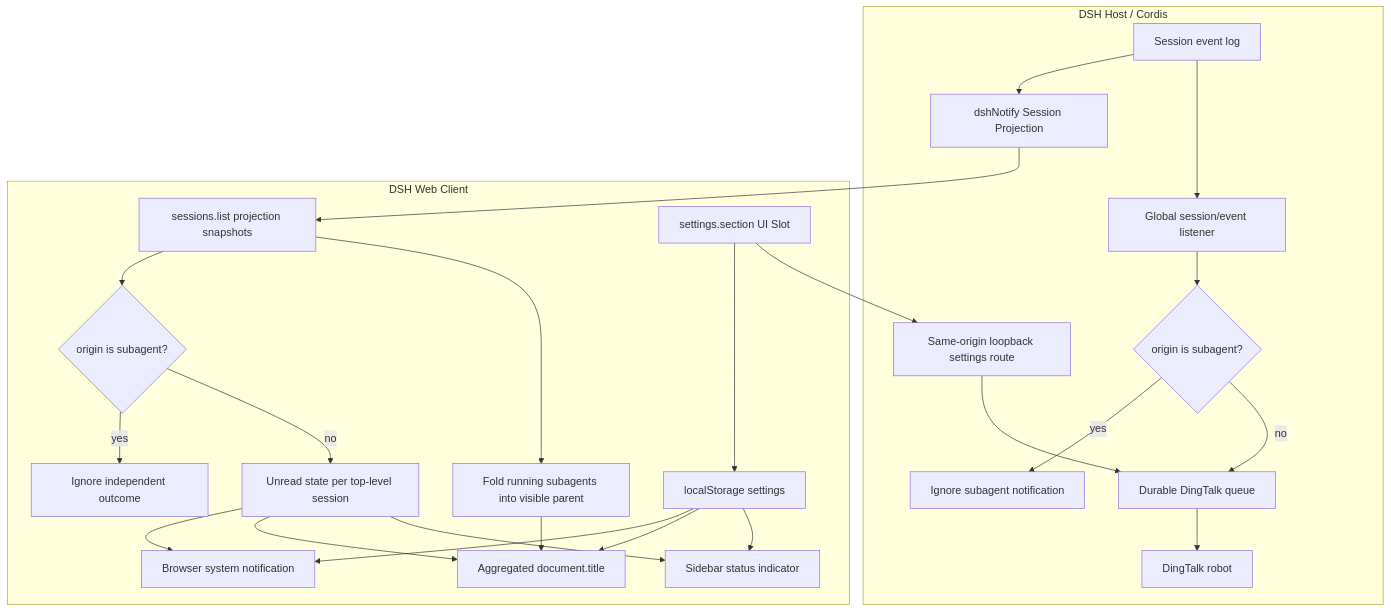
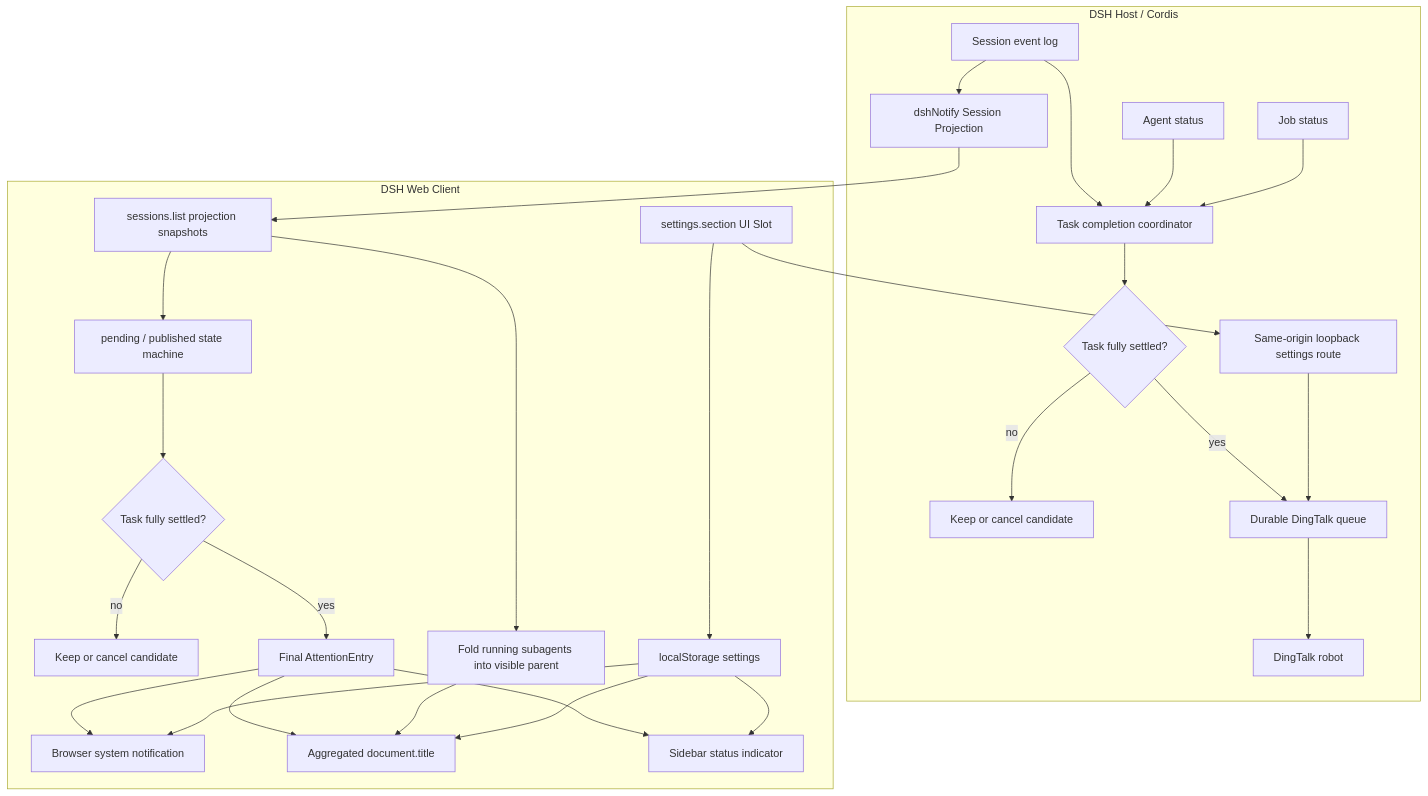
The diagram in README_EN.md (weekitmo/dsh-notify), drawn with Mermaid before and after one commit. The commit also changed other lines of this file and 26 other files, not shown here.

````diff
--- a/README_EN.md
+++ b/README_EN.md
@@ -22,29 +22,32 @@
 ```mermaid
 flowchart TB
   subgraph Host[DSH Host / Cordis]
     Events[Session event log] --> Projection[dshNotify Session Projection]
-    Events --> Listener[Global session/event listener]
-    Listener --> HostFilter{origin is subagent?}
-    HostFilter -->|yes| IgnoreHost[Ignore subagent notification]
-    HostFilter -->|no| DingQueue[Durable DingTalk queue]
+    Events --> Coordinator[Task completion coordinator]
+    Agents[Agent status] --> Coordinator
+    Jobs[Job status] --> Coordinator
+    Coordinator --> HostFilter{Task fully settled?}
+    HostFilter -->|no| PendingHost[Keep or cancel candidate]
+    HostFilter -->|yes| DingQueue[Durable DingTalk queue]
     DingQueue --> DingTalk[DingTalk robot]
     SettingsApi[Same-origin loopback settings route] --> DingQueue
   end
 
   subgraph Web[DSH Web Client]
     Projection --> SessionList[sessions.list projection snapshots]
-    SessionList --> ClientFilter{origin is subagent?}
-    ClientFilter -->|yes| IgnoreClient[Ignore independent outcome]
-    ClientFilter -->|no| Unread[Unread state per top-level session]
+    SessionList --> ClientState[pending / published state machine]
+    ClientState --> ClientFilter{Task fully settled?}
+    ClientFilter -->|no| PendingClient[Keep or cancel candidate]
+    ClientFilter -->|yes| Unread[Final AttentionEntry]
     Unread --> System[Browser system notification]
     Unread --> Title[Aggregated document.title]
     Unread --> Sidebar[Sidebar status indicator]
     SessionList --> Running[Fold running subagents into visible parent]
     Running --> Title
     LocalSettings[localStorage settings] --> System
     LocalSettings --> Title
     LocalSettings --> Sidebar
     Slot[settings.section UI Slot] --> LocalSettings
     Slot --> SettingsApi
   end
 ```
````
